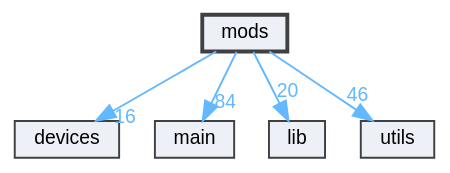
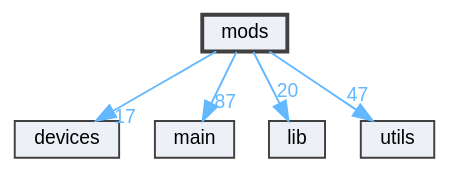
The diagram in api/dir_e32e21dff86b2f4c3e9cf44f437b74cb_dep.dot (the-moisrex/foresight), drawn with Graphviz before and after one commit. The commit also changed 94 other files, not shown here.

```diff
--- a/api/dir_e32e21dff86b2f4c3e9cf44f437b74cb_dep.dot
+++ b/api/dir_e32e21dff86b2f4c3e9cf44f437b74cb_dep.dot
@@ -1,17 +1,17 @@
 digraph "mods"
 {
  // LATEX_PDF_SIZE
   bgcolor="transparent";
   edge [fontname=Helvetica,fontsize=10,labelfontname=Helvetica,labelfontsize=10];
   node [fontname=Helvetica,fontsize=10,shape=box,height=0.2,width=0.4];
   compound=true
   dir_e32e21dff86b2f4c3e9cf44f437b74cb [label="mods", fillcolor="#edf0f7", color="grey25", style="filled,bold", URL="dir_e32e21dff86b2f4c3e9cf44f437b74cb.html",tooltip=""];
   dir_07b86ffc266b39efa5bbdc0e9fdb330a [label="devices", fillcolor="#edf0f7", color="grey25", style="filled", URL="dir_07b86ffc266b39efa5bbdc0e9fdb330a.html",tooltip=""];
   dir_5c982d53a68cdbcd421152b4020263a9 [label="main", fillcolor="#edf0f7", color="grey25", style="filled", URL="dir_5c982d53a68cdbcd421152b4020263a9.html",tooltip=""];
   dir_97aefd0d527b934f1d99a682da8fe6a9 [label="lib", fillcolor="#edf0f7", color="grey25", style="filled", URL="dir_97aefd0d527b934f1d99a682da8fe6a9.html",tooltip=""];
   dir_cbdb8362360e11eafe2fa3bc74cf0ffd [label="utils", fillcolor="#edf0f7", color="grey25", style="filled", URL="dir_cbdb8362360e11eafe2fa3bc74cf0ffd.html",tooltip=""];
-  dir_e32e21dff86b2f4c3e9cf44f437b74cb->dir_07b86ffc266b39efa5bbdc0e9fdb330a [headlabel="16", labeldistance=1.5 headhref="dir_000004_000001.html" href="dir_000004_000001.html" color="steelblue1" fontcolor="steelblue1"];
-  dir_e32e21dff86b2f4c3e9cf44f437b74cb->dir_5c982d53a68cdbcd421152b4020263a9 [headlabel="84", labeldistance=1.5 headhref="dir_000004_000003.html" href="dir_000004_000003.html" color="steelblue1" fontcolor="steelblue1"];
+  dir_e32e21dff86b2f4c3e9cf44f437b74cb->dir_07b86ffc266b39efa5bbdc0e9fdb330a [headlabel="17", labeldistance=1.5 headhref="dir_000004_000001.html" href="dir_000004_000001.html" color="steelblue1" fontcolor="steelblue1"];
+  dir_e32e21dff86b2f4c3e9cf44f437b74cb->dir_5c982d53a68cdbcd421152b4020263a9 [headlabel="87", labeldistance=1.5 headhref="dir_000004_000003.html" href="dir_000004_000003.html" color="steelblue1" fontcolor="steelblue1"];
   dir_e32e21dff86b2f4c3e9cf44f437b74cb->dir_97aefd0d527b934f1d99a682da8fe6a9 [headlabel="20", labeldistance=1.5 headhref="dir_000004_000002.html" href="dir_000004_000002.html" color="steelblue1" fontcolor="steelblue1"];
-  dir_e32e21dff86b2f4c3e9cf44f437b74cb->dir_cbdb8362360e11eafe2fa3bc74cf0ffd [headlabel="46", labeldistance=1.5 headhref="dir_000004_000005.html" href="dir_000004_000005.html" color="steelblue1" fontcolor="steelblue1"];
+  dir_e32e21dff86b2f4c3e9cf44f437b74cb->dir_cbdb8362360e11eafe2fa3bc74cf0ffd [headlabel="47", labeldistance=1.5 headhref="dir_000004_000005.html" href="dir_000004_000005.html" color="steelblue1" fontcolor="steelblue1"];
 }
```
